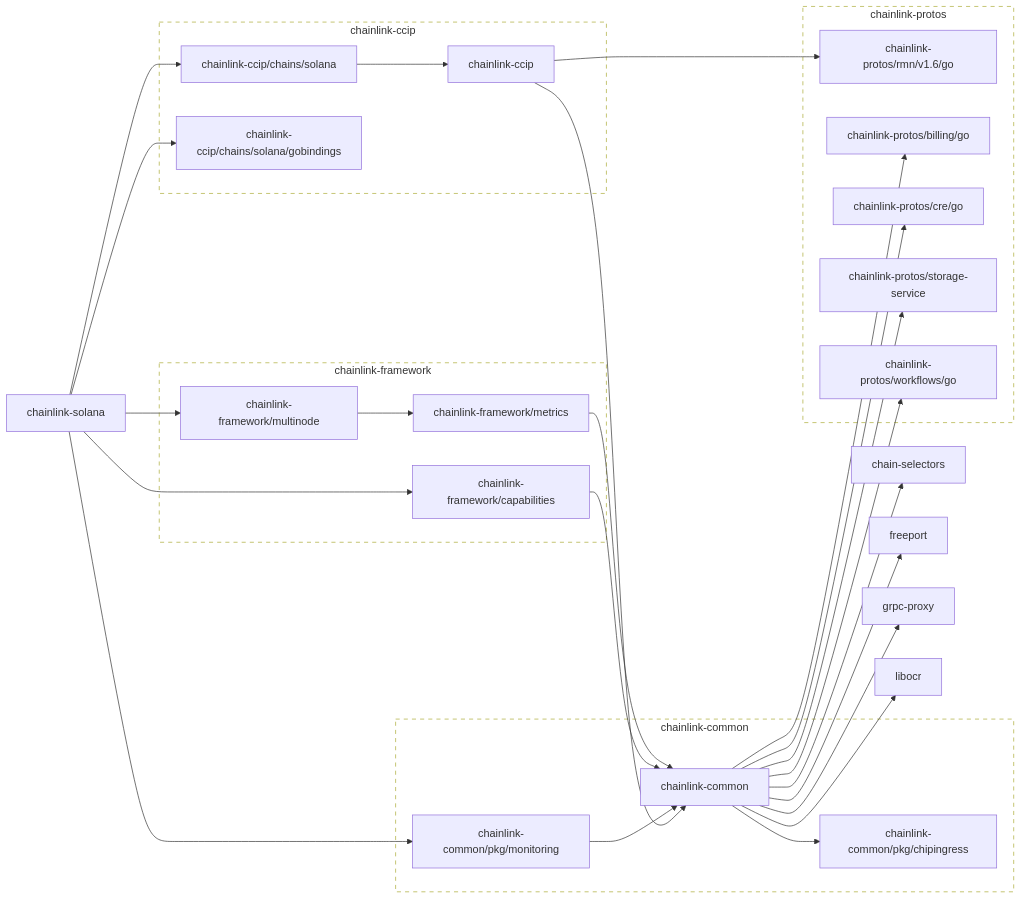
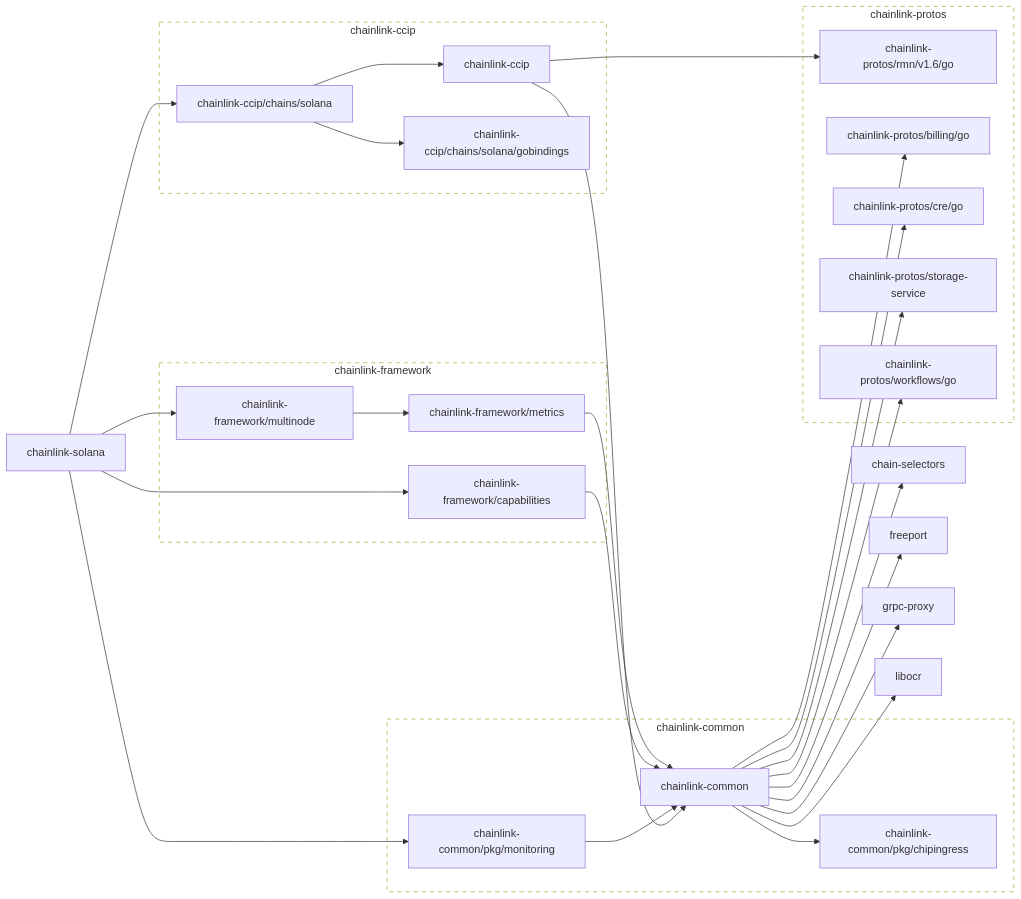
Before and after one commit to smartcontractkit/chainlink-solana: the first of 2 diagrams in go.md, drawn with Mermaid. The commit also changed other lines of this file and 38 other files, not shown here.

First line of the commit message:
Add CCIP provider to Solana Relayer with Solana Accessor (#1333)

```diff
--- a/go.md
+++ b/go.md
@@ -9,6 +9,7 @@
 	chainlink-ccip --> chainlink-protos/rmn/v1.6/go
 	click chainlink-ccip href "https://github.com/smartcontractkit/chainlink-ccip"
 	chainlink-ccip/chains/solana --> chainlink-ccip
+	chainlink-ccip/chains/solana --> chainlink-ccip/chains/solana/gobindings
 	click chainlink-ccip/chains/solana href "https://github.com/smartcontractkit/chainlink-ccip"
 	chainlink-ccip/chains/solana/gobindings
 	click chainlink-ccip/chains/solana/gobindings href "https://github.com/smartcontractkit/chainlink-ccip"
@@ -43,7 +44,6 @@
 	chainlink-protos/workflows/go
 	click chainlink-protos/workflows/go href "https://github.com/smartcontractkit/chainlink-protos"
 	chainlink-solana --> chainlink-ccip/chains/solana
-	chainlink-solana --> chainlink-ccip/chains/solana/gobindings
 	chainlink-solana --> chainlink-common/pkg/monitoring
 	chainlink-solana --> chainlink-framework/capabilities
 	chainlink-solana --> chainlink-framework/multinode
```
